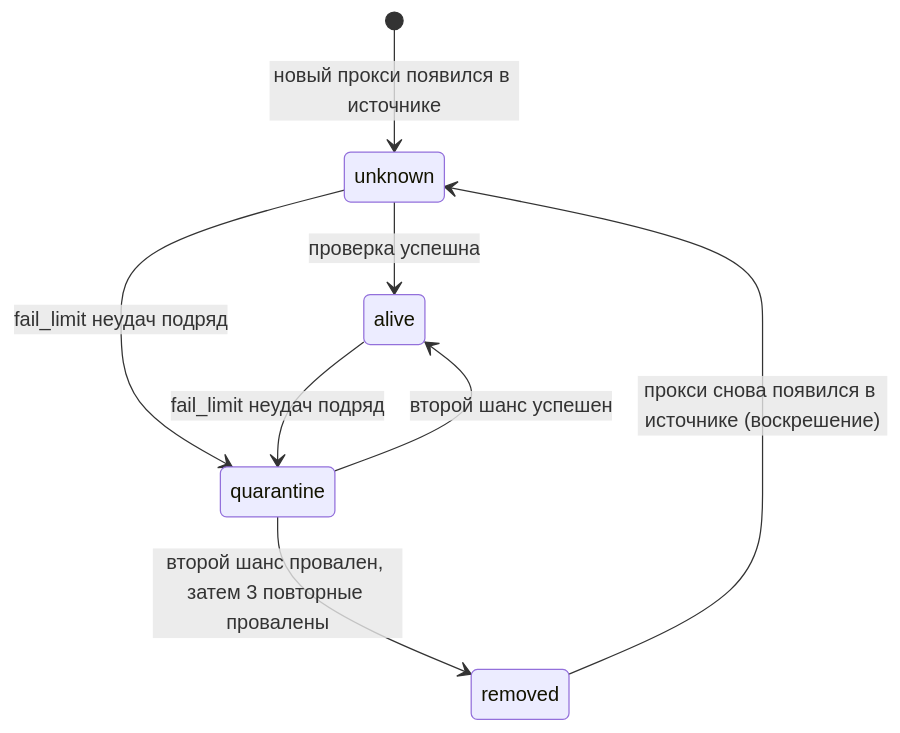
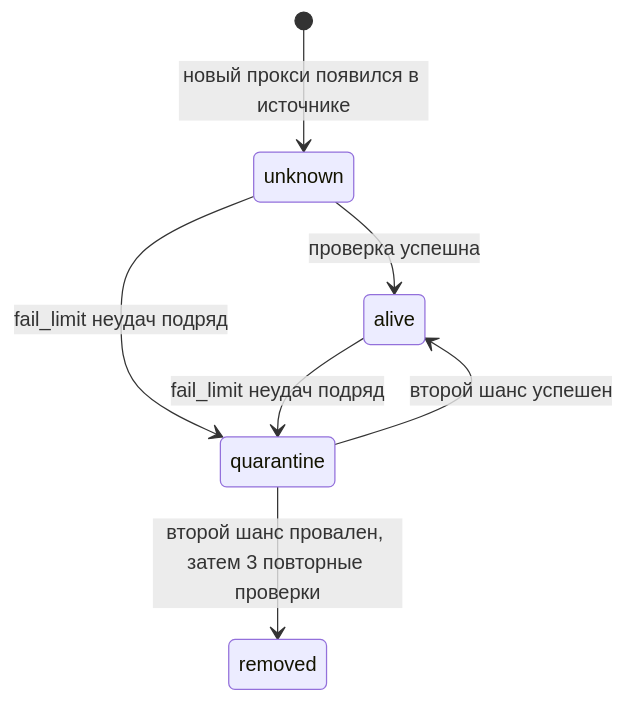
The second of 2 diagrams in USERGUIDE.ru.md (Viktor45/fumox), drawn with Mermaid before and after one commit. The commit also changed other lines of this file and 23 other files, not shown here.

````diff
--- a/USERGUIDE.ru.md
+++ b/USERGUIDE.ru.md
@@ -667,10 +678,9 @@
 ```mermaid
 stateDiagram-v2
     [*] --> unknown : новый прокси появился в источнике
     unknown --> alive : проверка успешна
     unknown --> quarantine : fail_limit неудач подряд
     alive --> quarantine : fail_limit неудач подряд
     quarantine --> alive : второй шанс успешен
-    quarantine --> removed : второй шанс провален, затем 3 повторные провалены
-    removed --> unknown : прокси снова появился в источнике (воскрешение)
+    quarantine --> removed : второй шанс провален, затем 3 повторные проверки
 ```
````
